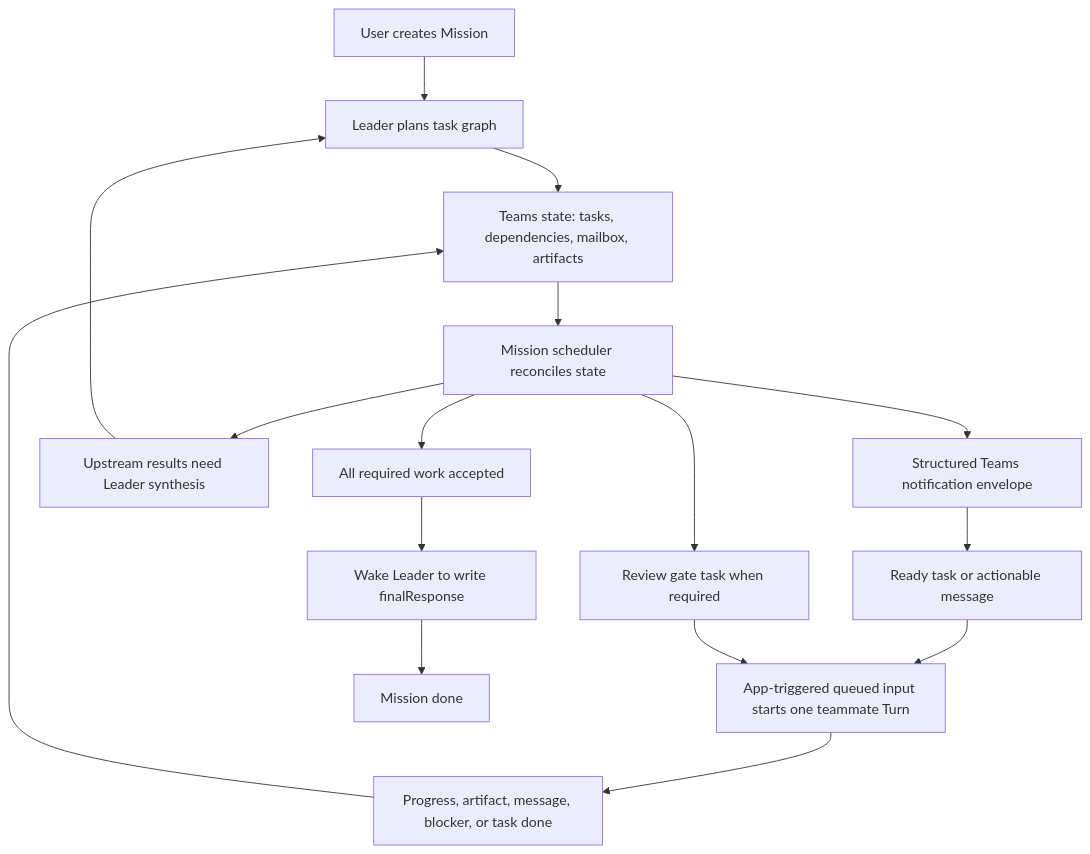
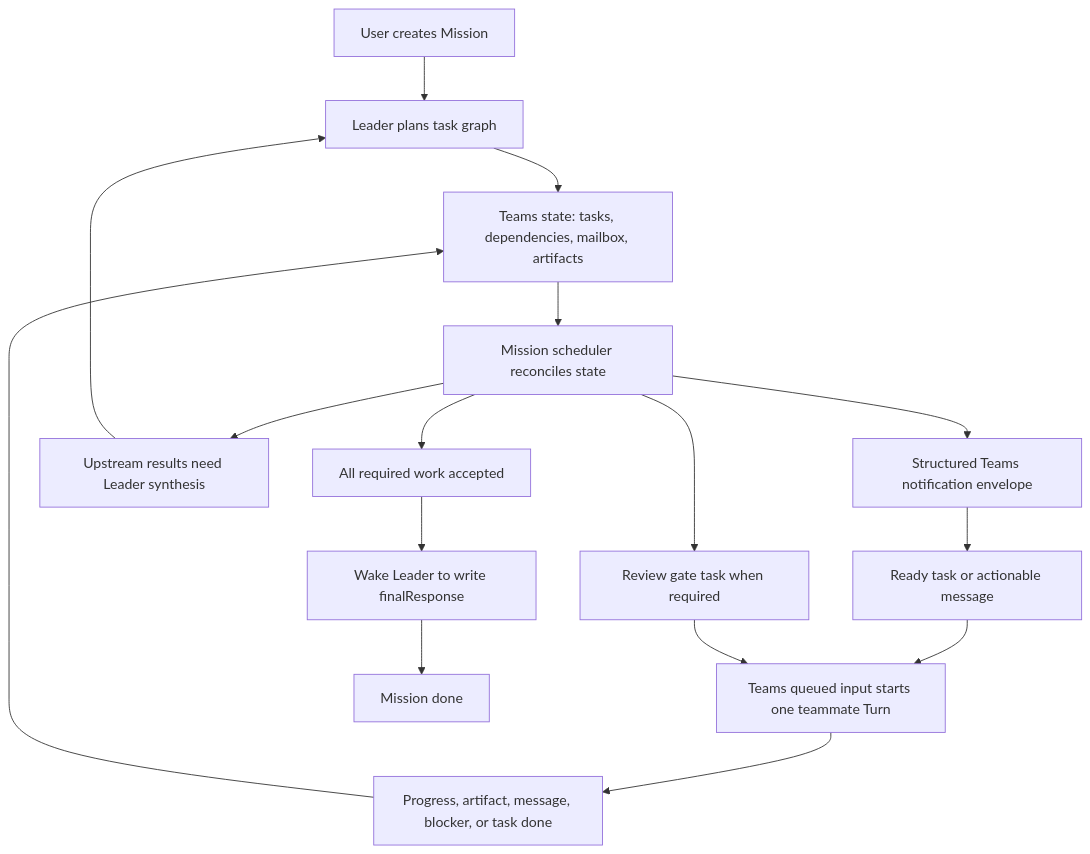
The diagram in specs/features/agent-teams.md (DotHarness/dotcraft), drawn with Mermaid before and after one commit. The commit also changed other lines of this file and 414 other files, not shown here.

First line of the commit message:
refactor: tool architecture v2 (#127)

````diff
--- a/specs/features/agent-teams.md
+++ b/specs/features/agent-teams.md
@@ -177,18 +178,18 @@
 ```mermaid
 flowchart TD
     User["User creates Mission"] --> Leader["Leader plans task graph"]
     Leader --> State["Teams state: tasks, dependencies, mailbox, artifacts"]
     State --> Scheduler["Mission scheduler reconciles state"]
     Scheduler --> Notify["Structured Teams notification envelope"]
     Notify --> Ready["Ready task or actionable message"]
-    Ready --> Turn["App-triggered queued input starts one teammate Turn"]
+    Ready --> Turn["Teams queued input starts one teammate Turn"]
     Turn --> Events["Progress, artifact, message, blocker, or task done"]
     Events --> State
     Scheduler --> Synthesis["Upstream results need Leader synthesis"]
     Synthesis --> Leader
     Scheduler --> Review["Review gate task when required"]
     Review --> Turn
     Scheduler --> Finalize["All required work accepted"]
     Finalize --> LeaderFinal["Wake Leader to write finalResponse"]
     LeaderFinal --> Done["Mission done"]
 ```
````
